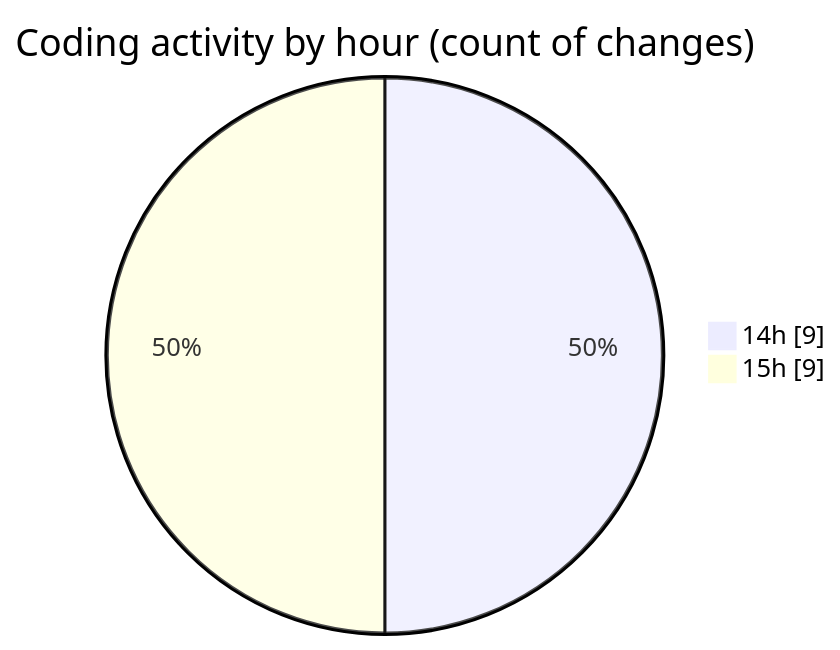
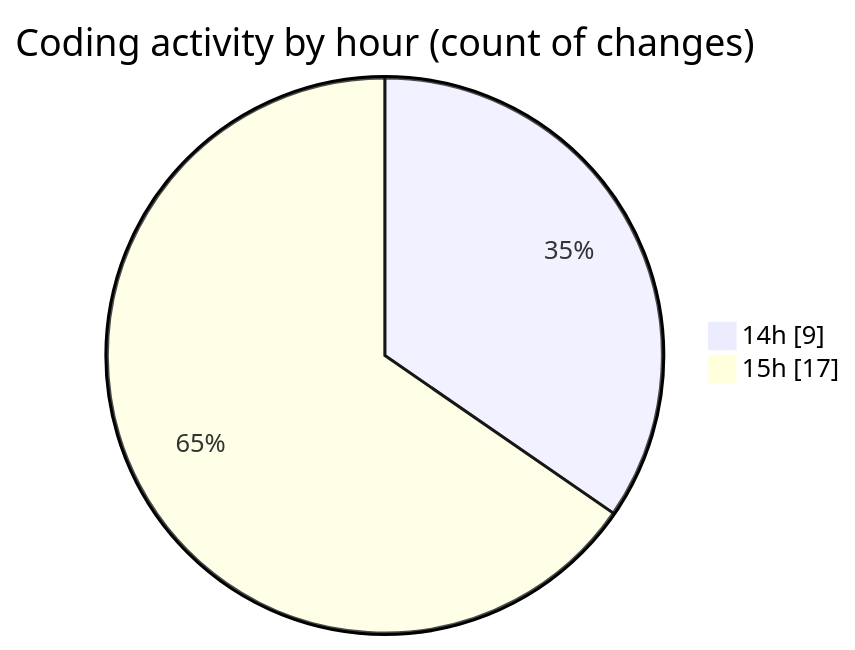
Before and after one commit to Ritupan-Deka/code-tracking: the second of 2 diagrams in 2025-06-17/projects/README.md, drawn with Mermaid. The commit also changed other lines of this file and 1 other file, not shown here.

````diff
--- a/2025-06-17/projects/README.md
+++ b/2025-06-17/projects/README.md
@@ -28,6 +28,6 @@
 ```mermaid
 pie showData
 title Coding activity by hour (count of changes)
 "14h" : 9
-"15h" : 9
+"15h" : 17
 ```
````
